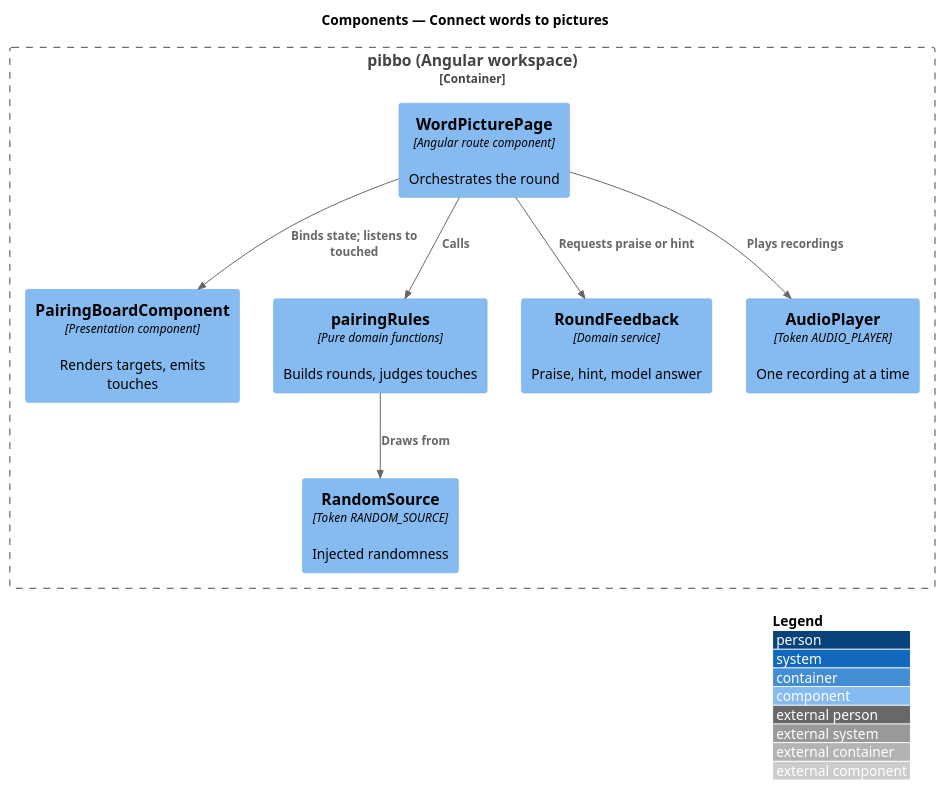
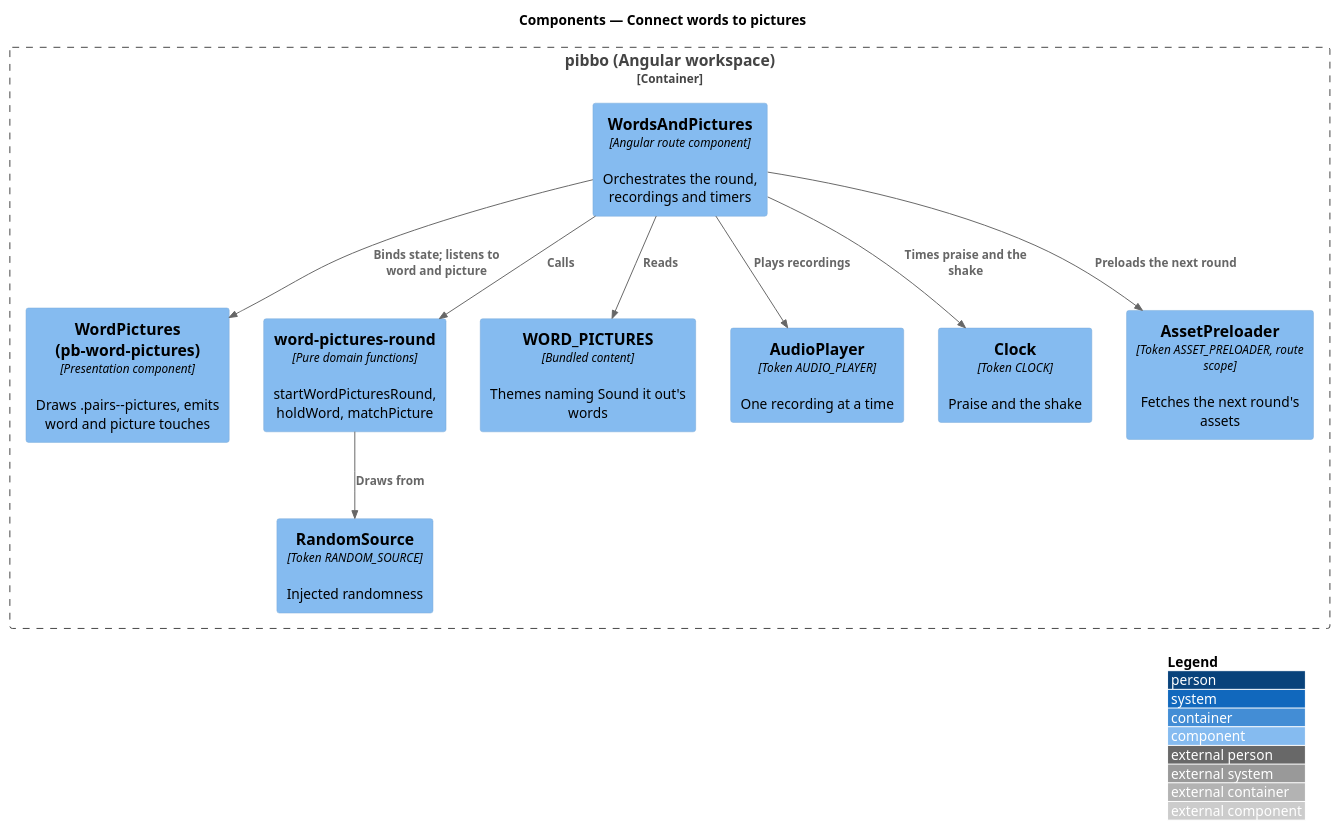
Before and after one commit to QuinntyneBrown/pibbo: the diagram in docs/detailed-designs/sound-out/connect-words-to-pictures/diagrams/c4-component.puml, drawn with PlantUML. The commit also changed 19 other files, not shown here.

Commit message:
Align Words and pictures requirement, design and mocks: the word-to-picture pair match, held and miss states, a Home card (ADR 0022)

```diff
--- a/docs/detailed-designs/sound-out/connect-words-to-pictures/diagrams/c4-component.puml
+++ b/docs/detailed-designs/sound-out/connect-words-to-pictures/diagrams/c4-component.puml
@@ -1,18 +1,22 @@
 @startuml
 !include <C4/C4_Component>
 LAYOUT_WITH_LEGEND()
 title Components — Connect words to pictures
 Container_Boundary(b, "pibbo (Angular workspace)") {
-  Component(page, "WordPicturePage", "Angular route component", "Orchestrates the round")
-  Component(view, "PairingBoardComponent", "Presentation component", "Renders targets, emits touches")
-  Component(rules, "pairingRules", "Pure domain functions", "Builds rounds, judges touches")
-  Component(fb, "RoundFeedback", "Domain service", "Praise, hint, model answer")
+  Component(page, "WordsAndPictures", "Angular route component", "Orchestrates the round, recordings and timers")
+  Component(view, "WordPictures (pb-word-pictures)", "Presentation component", "Draws .pairs--pictures, emits word and picture touches")
+  Component(rules, "word-pictures-round", "Pure domain functions", "startWordPicturesRound, holdWord, matchPicture")
+  Component(content, "WORD_PICTURES", "Bundled content", "Themes naming Sound it out's words")
   Component(audio, "AudioPlayer", "Token AUDIO_PLAYER", "One recording at a time")
   Component(rnd, "RandomSource", "Token RANDOM_SOURCE", "Injected randomness")
+  Component(clock, "Clock", "Token CLOCK", "Praise and the shake")
+  Component(pre, "AssetPreloader", "Token ASSET_PRELOADER, route scope", "Fetches the next round's assets")
 }
-Rel(page, view, "Binds state; listens to touched")
+Rel(page, view, "Binds state; listens to word and picture")
 Rel(page, rules, "Calls")
+Rel(page, content, "Reads")
 Rel(rules, rnd, "Draws from")
 Rel(page, audio, "Plays recordings")
-Rel(page, fb, "Requests praise or hint")
+Rel(page, clock, "Times praise and the shake")
+Rel(page, pre, "Preloads the next round")
 @enduml
```
